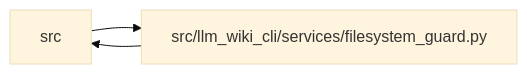
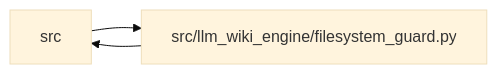
One commit to Denissvgn/python-wiki-llm changed the diagram in docs/llm_wiki/modules/filesystem_guard.md. Above: the diagram before and after it, drawn with Mermaid (base theme). The commit also changed other lines of this file and 739 other files, not shown here.

First line of the commit message:
docs: refresh the wiki for the second engine batch

````diff
--- a/docs/llm_wiki/modules/filesystem_guard.md
+++ b/docs/llm_wiki/modules/filesystem_guard.md
@@ -37,8 +37,8 @@
 ```mermaid
 flowchart LR
     n0["src"]
-    n1["src/llm_wiki_cli/services/filesystem_guard.py"]
+    n1["src/llm_wiki_engine/filesystem_guard.py"]
     n0 --> n1
     n1 --> n0
     click n1 "../modules/filesystem_guard.md"
 ```
````
